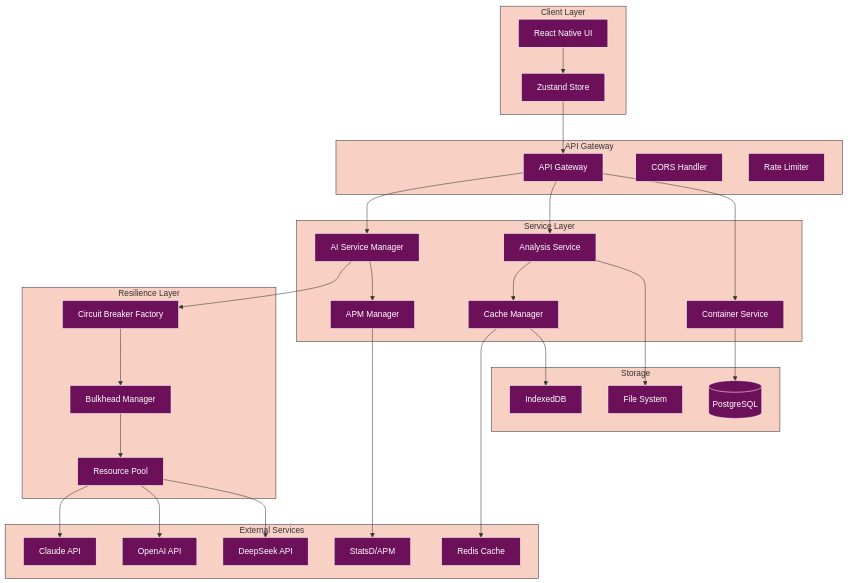
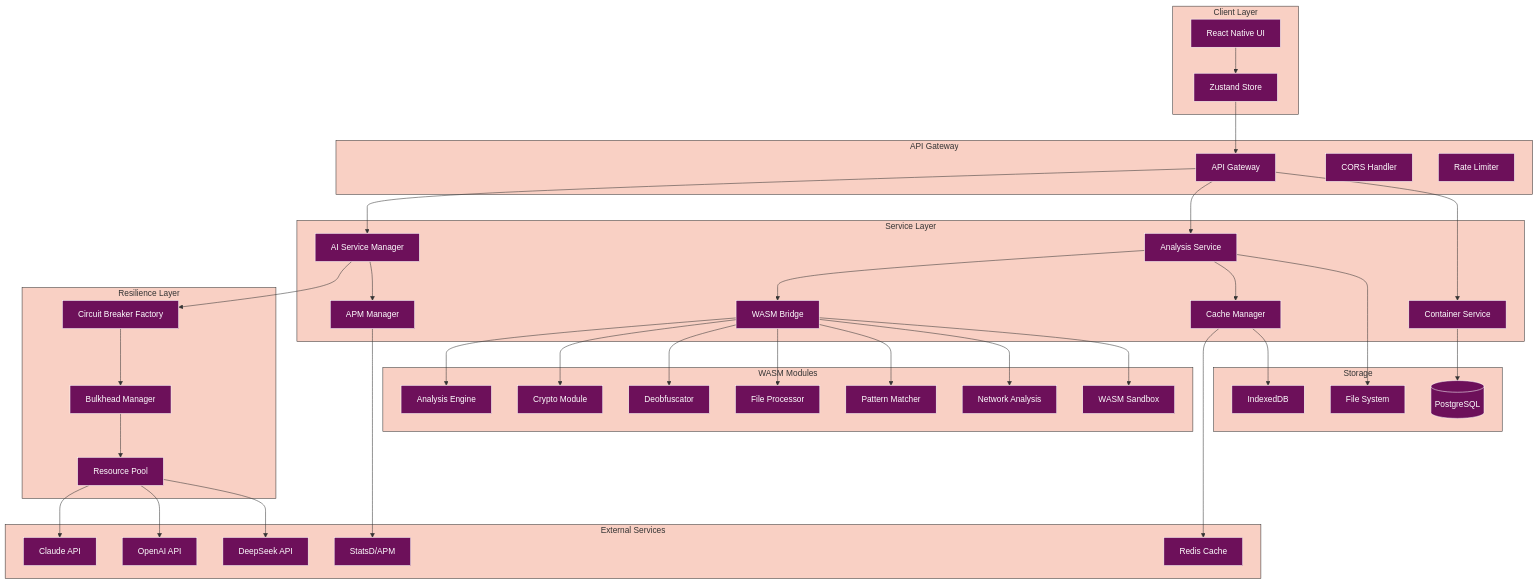
The first of 26 diagrams in docs/ARCHITECTURE.md (radicalkjax/Athena), drawn with Mermaid before and after one commit. The commit also changed other lines of this file and 289 other files, not shown here.

```diff
--- a/docs/ARCHITECTURE.md
+++ b/docs/ARCHITECTURE.md
@@ -79,6 +87,17 @@
         Container[Container Service]
         Cache[Cache Manager]
         APM[APM Manager]
+        WASMBridge[WASM Bridge]
+    end
+    
+    subgraph "WASM Modules"
+        AnalysisEngine[Analysis Engine]
+        CryptoModule[Crypto Module]
+        Deobfuscator[Deobfuscator]
+        FileProc[File Processor]
+        PatternMatch[Pattern Matcher]
+        NetworkAnalysis[Network Analysis]
+        Sandbox[WASM Sandbox]
     end
     
     subgraph "Resilience Layer"
@@ -107,6 +126,15 @@
     Gateway --> Analysis
     Gateway --> Container
     
+    Analysis --> WASMBridge
+    WASMBridge --> AnalysisEngine
+    WASMBridge --> CryptoModule
+    WASMBridge --> Deobfuscator
+    WASMBridge --> FileProc
+    WASMBridge --> PatternMatch
+    WASMBridge --> NetworkAnalysis
+    WASMBridge --> Sandbox
+    
     AIManager --> CircuitBreaker
     CircuitBreaker --> Bulkhead
     Bulkhead --> Pool
```
